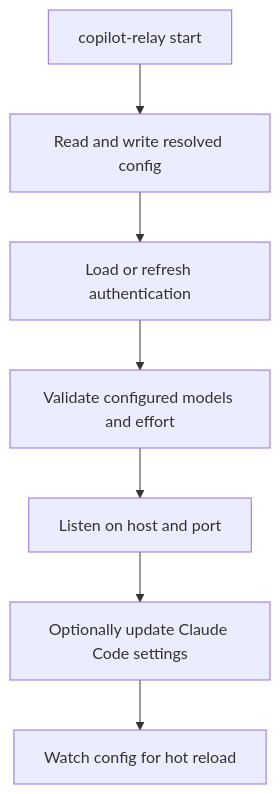
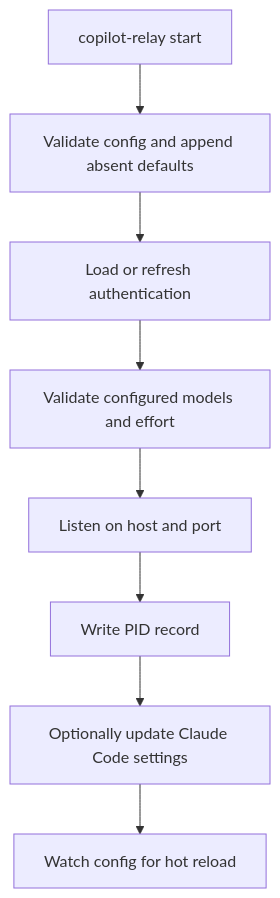
One commit to D0n9X1n/copilot-relay changed the third of 3 diagrams in wiki/EN-How-It-Works.md. Above: the diagram before and after it, drawn with Mermaid. The commit also changed other lines of this file and 88 other files, not shown here.

````diff
--- a/wiki/EN-How-It-Works.md
+++ b/wiki/EN-How-It-Works.md
@@ -32,9 +56,10 @@
 ```mermaid
 flowchart TD
-    A[copilot-relay start] --> B[Read and write resolved config]
+    A[copilot-relay start] --> B[Validate config and append absent defaults]
     B --> C[Load or refresh authentication]
     C --> D[Validate configured models and effort]
     D --> E[Listen on host and port]
-    E --> F[Optionally update Claude Code settings]
-    F --> G[Watch config for hot reload]
+    E --> F[Write PID record]
+    F --> G[Optionally update Claude Code settings]
+    G --> H[Watch config for hot reload]
 ```
````
